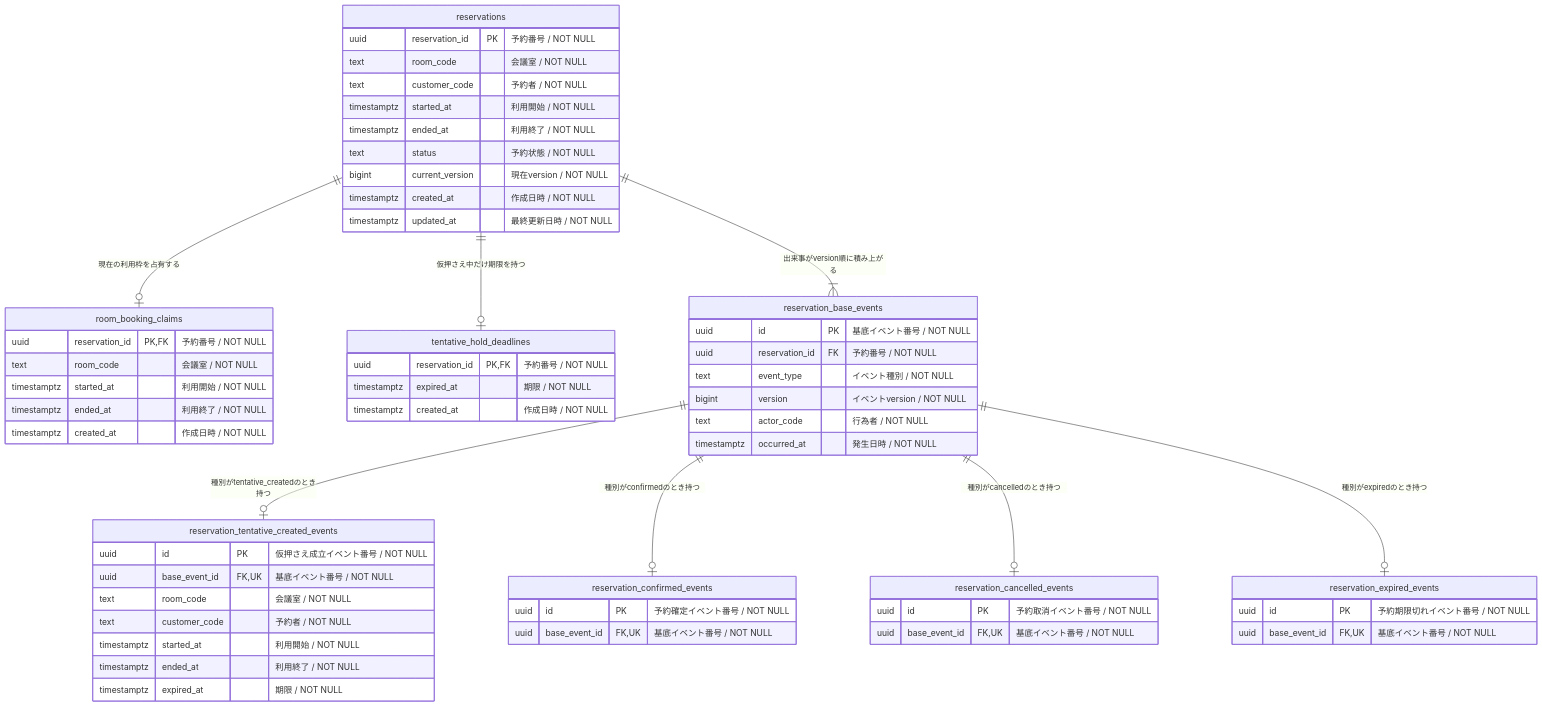
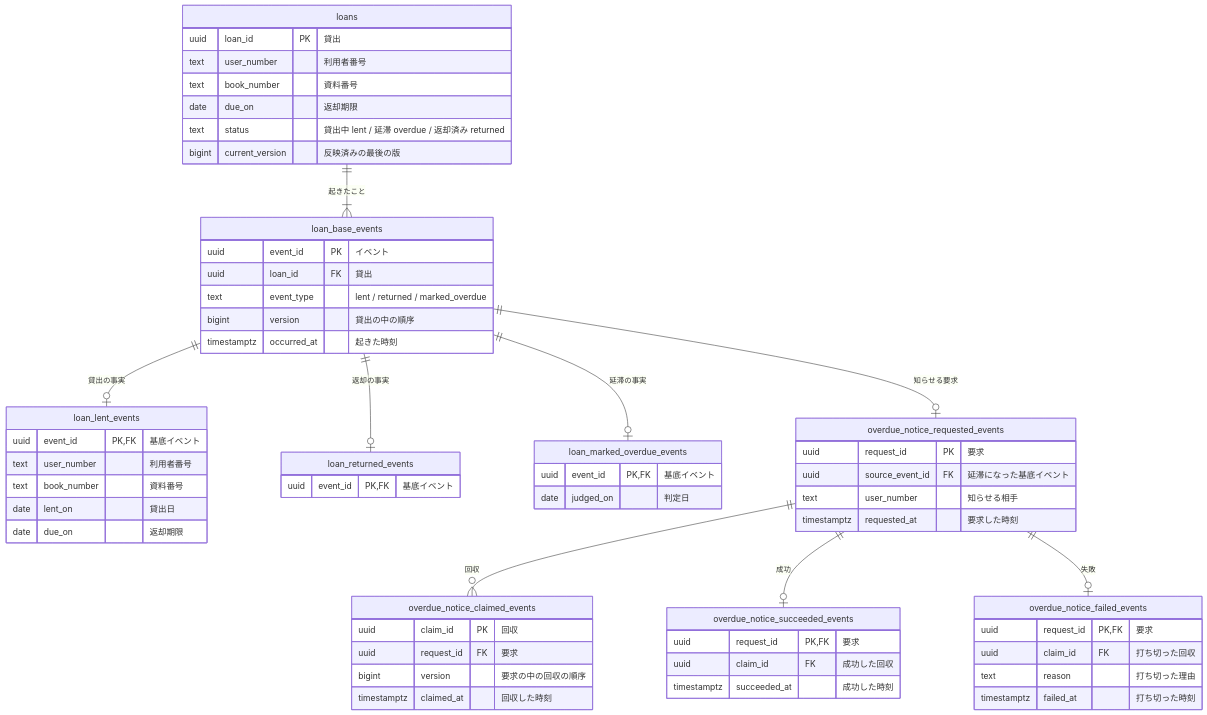
Before and after one commit to nakamori-naoya/write-doc-plugins: the diagram in plugins/write-doc/skills/write-doc/assets/examples/rdb-logical-data-modeling.example.md, drawn with Mermaid. The commit also changed other lines of this file and 3 other files, not shown here.

First line of the commit message:
feat(rdb-logical, rdb-physical): データモデルの型を具体的な行で議論する形にし、見本を図書館の貸出にする

````diff
--- a/plugins/write-doc/skills/write-doc/assets/examples/rdb-logical-data-modeling.example.md
+++ b/plugins/write-doc/skills/write-doc/assets/examples/rdb-logical-data-modeling.example.md
@@ -52,63 +26,63 @@
 ```mermaid
 erDiagram
-    reservations {
-        uuid reservation_id PK "予約番号 / NOT NULL"
-        text room_code "会議室 / NOT NULL"
-        text customer_code "予約者 / NOT NULL"
-        timestamptz started_at "利用開始 / NOT NULL"
-        timestamptz ended_at "利用終了 / NOT NULL"
-        text status "予約状態 / NOT NULL"
-        bigint current_version "現在version / NOT NULL"
-        timestamptz created_at "作成日時 / NOT NULL"
-        timestamptz updated_at "最終更新日時 / NOT NULL"
+    loans {
+        uuid loan_id PK "貸出"
+        text user_number "利用者番号"
+        text book_number "資料番号"
+        date due_on "返却期限"
+        text status "貸出中 lent / 延滞 overdue / 返却済み returned"
+        bigint current_version "反映済みの最後の版"
     }
-    room_booking_claims {
-        uuid reservation_id PK, FK "予約番号 / NOT NULL"
-        text room_code "会議室 / NOT NULL"
-        timestamptz started_at "利用開始 / NOT NULL"
-        timestamptz ended_at "利用終了 / NOT NULL"
-        timestamptz created_at "作成日時 / NOT NULL"
+    loan_base_events {
+        uuid event_id PK "イベント"
+        uuid loan_id FK "貸出"
+        text event_type "lent / returned / marked_overdue"
+        bigint version "貸出の中の順序"
+        timestamptz occurred_at "起きた時刻"
     }
-    tentative_hold_deadlines {
-        uuid reservation_id PK, FK "予約番号 / NOT NULL"
-        timestamptz expired_at "期限 / NOT NULL"
-        timestamptz created_at "作成日時 / NOT NULL"
+    loan_lent_events {
+        uuid event_id PK, FK "基底イベント"
+        text user_number "利用者番号"
+        text book_number "資料番号"
+        date lent_on "貸出日"
+        date due_on "返却期限"
     }
-    reservation_base_events {
-        uuid id PK "基底イベント番号 / NOT NULL"
-        uuid reservation_id FK "予約番号 / NOT NULL"
-        text event_type "イベント種別 / NOT NULL"
-        bigint version "イベントversion / NOT NULL"
-        text actor_code "行為者 / NOT NULL"
-        timestamptz occurred_at "発生日時 / NOT NULL"
+    loan_returned_events {
+        uuid event_id PK, FK "基底イベント"
     }
-    reservation_tentative_created_events {
-        uuid id PK "仮押さえ成立イベント番号 / NOT NULL"
-        uuid base_event_id FK, UK "基底イベント番号 / NOT NULL"
-        text room_code "会議室 / NOT NULL"
-        text customer_code "予約者 / NOT NULL"
-        timestamptz started_at "利用開始 / NOT NULL"
-        timestamptz ended_at "利用終了 / NOT NULL"
-        timestamptz expired_at "期限 / NOT NULL"
+    loan_marked_overdue_events {
+        uuid event_id PK, FK "基底イベント"
+        date judged_on "判定日"
     }
-    reservation_confirmed_events {
-        uuid id PK "予約確定イベント番号 / NOT NULL"
-        uuid base_event_id FK, UK "基底イベント番号 / NOT NULL"
+    overdue_notice_requested_events {
+        uuid request_id PK "要求"
+        uuid source_event_id FK "延滞になった基底イベント"
+        text user_number "知らせる相手"
+        timestamptz requested_at "要求した時刻"
     }
-    reservation_cancelled_events {
-        uuid id PK "予約取消イベント番号 / NOT NULL"
-        uuid base_event_id FK, UK "基底イベント番号 / NOT NULL"
+    overdue_notice_claimed_events {
+        uuid claim_id PK "回収"
+        uuid request_id FK "要求"
+        bigint version "要求の中の回収の順序"
+        timestamptz claimed_at "回収した時刻"
     }
-    reservation_expired_events {
-        uuid id PK "予約期限切れイベント番号 / NOT NULL"
-        uuid base_event_id FK, UK "基底イベント番号 / NOT NULL"
+    overdue_notice_succeeded_events {
+        uuid request_id PK, FK "要求"
+        uuid claim_id FK "成功した回収"
+        timestamptz succeeded_at "成功した時刻"
     }
-
-    reservations ||--o| room_booking_claims : "現在の利用枠を占有する"
-    reservations ||--o| tentative_hold_deadlines : "仮押さえ中だけ期限を持つ"
-    reservations ||--|{ reservation_base_events : "出来事がversion順に積み上がる"
-    reservation_base_events ||--o| reservation_tentative_created_events : "種別がtentative_createdのとき持つ"
-    reservation_base_events ||--o| reservation_confirmed_events : "種別がconfirmedのとき持つ"
-    reservation_base_events ||--o| reservation_cancelled_events : "種別がcancelledのとき持つ"
-    reservation_base_events ||--o| reservation_expired_events : "種別がexpiredのとき持つ"
+    overdue_notice_failed_events {
+        uuid request_id PK, FK "要求"
+        uuid claim_id FK "打ち切った回収"
+        text reason "打ち切った理由"
+        timestamptz failed_at "打ち切った時刻"
+    }
+    loans ||--|{ loan_base_events : "起きたこと"
+    loan_base_events ||--o| loan_lent_events : "貸出の事実"
+    loan_base_events ||--o| loan_returned_events : "返却の事実"
+    loan_base_events ||--o| loan_marked_overdue_events : "延滞の事実"
+    loan_base_events ||--o| overdue_notice_requested_events : "知らせる要求"
+    overdue_notice_requested_events ||--o{ overdue_notice_claimed_events : "回収"
+    overdue_notice_requested_events ||--o| overdue_notice_succeeded_events : "成功"
+    overdue_notice_requested_events ||--o| overdue_notice_failed_events : "失敗"
 ```
````
